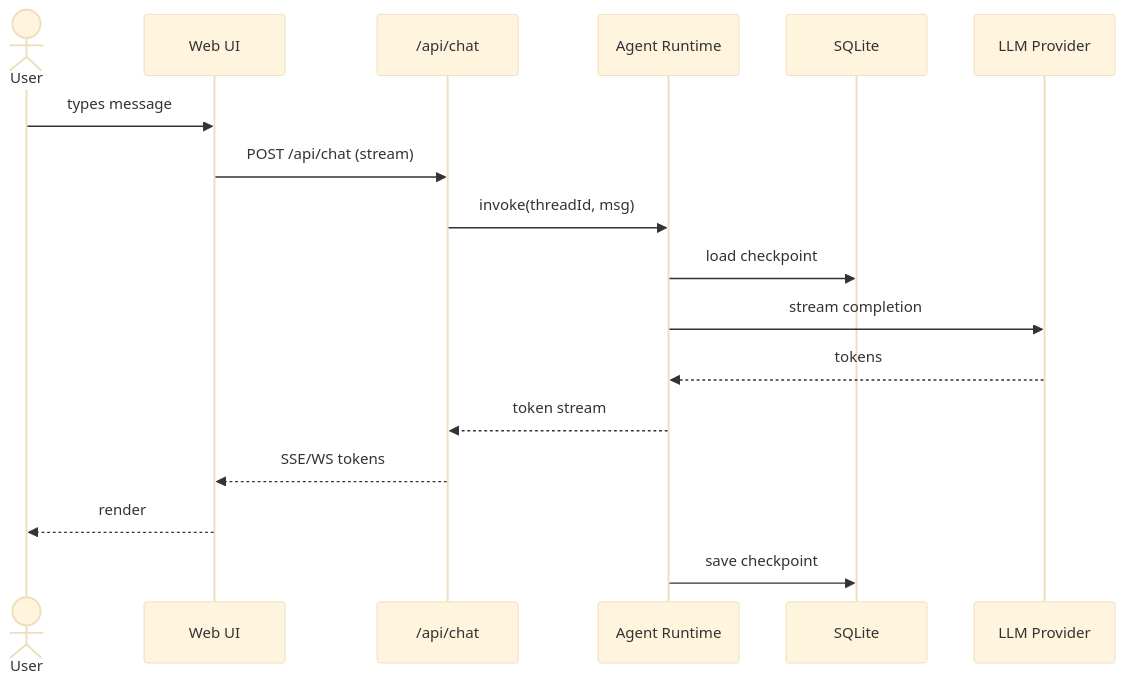
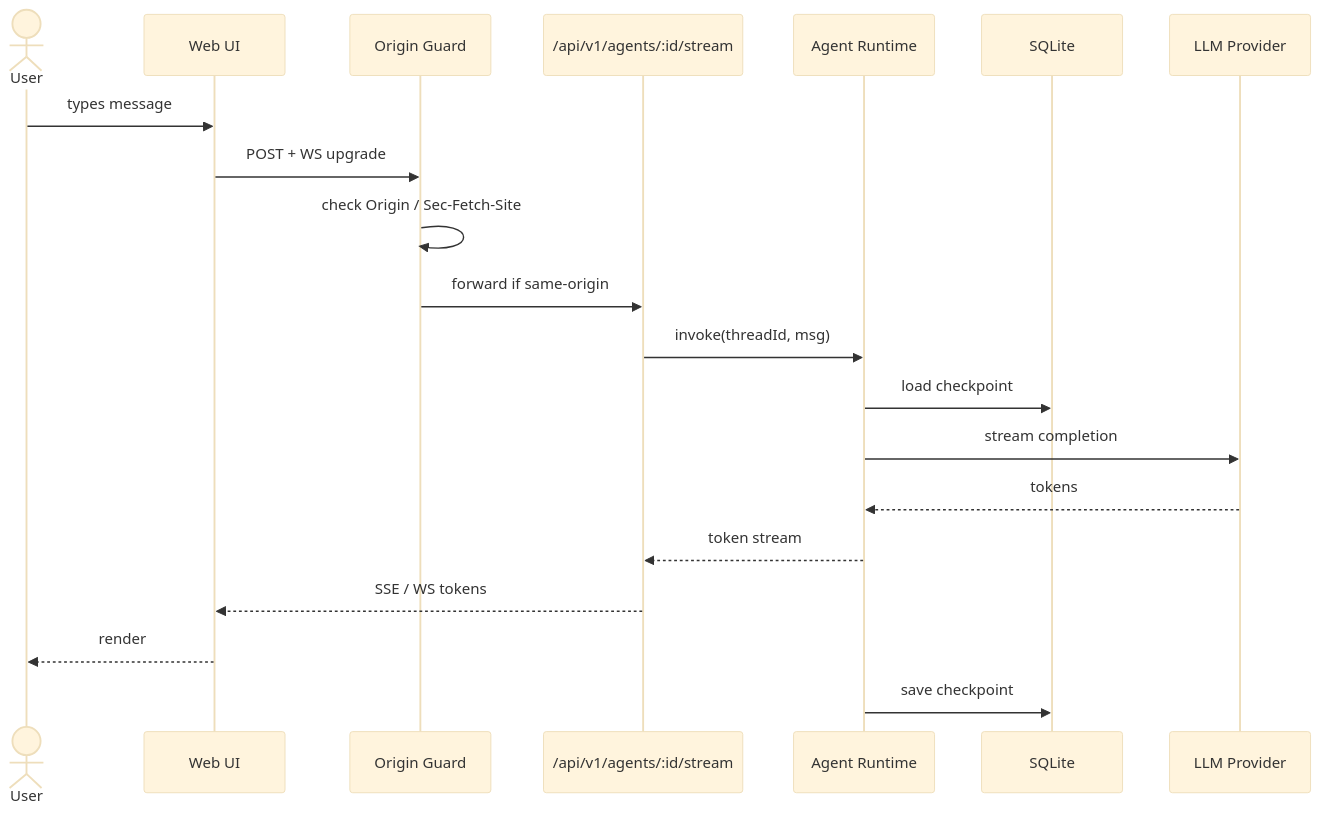
Before and after one commit to CircuitWall/jarela: the third of 5 diagrams in ARCHITECTURE.md, drawn with Mermaid (base theme). The commit also changed other lines of this file and 1 other file, not shown here.

First line of the commit message:
docs: refresh readme and architecture for ci, security, bridges

````diff
--- a/ARCHITECTURE.md
+++ b/ARCHITECTURE.md
@@ -63,20 +82,23 @@
 ```mermaid
 sequenceDiagram
     actor U as User
     participant UI as Web UI
-    participant API as /api/chat
+    participant G as Origin Guard
+    participant API as /api/v1/agents/:id/stream
     participant AG as Agent Runtime
     participant DB as SQLite
     participant LLM as LLM Provider
 
     U->>UI: types message
-    UI->>API: POST /api/chat (stream)
+    UI->>G: POST + WS upgrade
+    G->>G: check Origin / Sec-Fetch-Site
+    G->>API: forward if same-origin
     API->>AG: invoke(threadId, msg)
     AG->>DB: load checkpoint
     AG->>LLM: stream completion
     LLM-->>AG: tokens
     AG-->>API: token stream
-    API-->>UI: SSE/WS tokens
+    API-->>UI: SSE / WS tokens
     UI-->>U: render
     AG->>DB: save checkpoint
 ```
````
